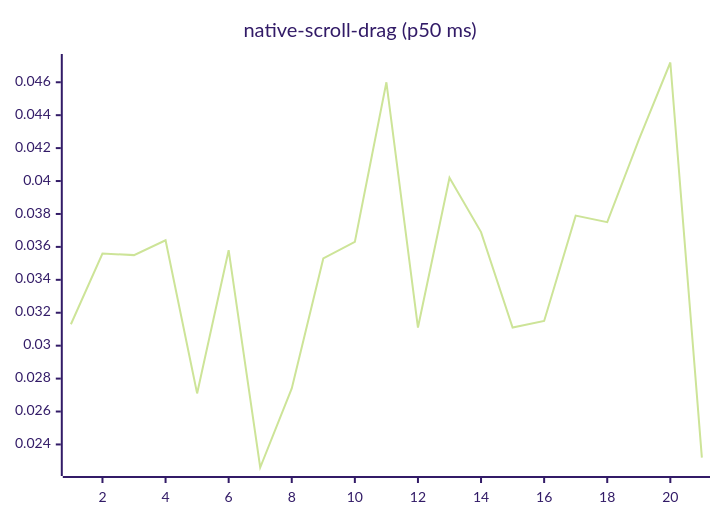
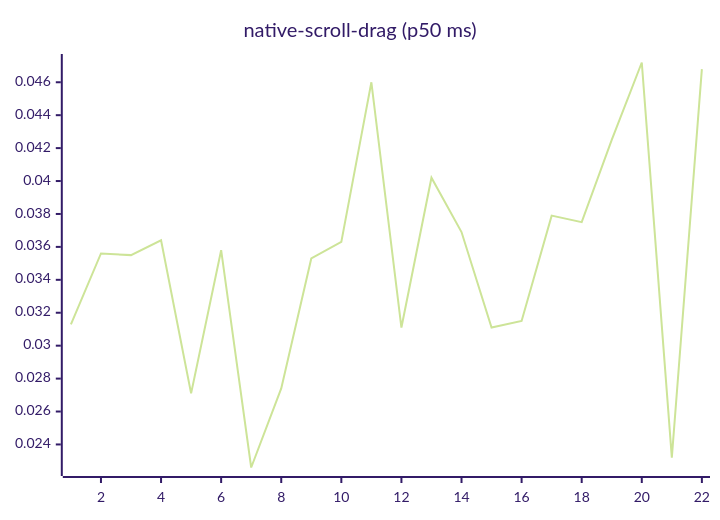
Before and after one commit to josha/Facet: diagram 14 of 27 in README.md, drawn with Mermaid (forest theme). The commit also changed other lines of this file and 2 other files, not shown here.

````diff
--- a/README.md
+++ b/README.md
@@ -154,6 +154,6 @@
 ```mermaid
 xychart-beta
     title "native-scroll-drag (p50 ms)"
-    x-axis 1 --> 21
-    line [0.0313, 0.0356, 0.0355, 0.0364, 0.0271, 0.0358, 0.0226, 0.0274, 0.0353, 0.0363, 0.0460, 0.0311, 0.0402, 0.0369, 0.0311, 0.0315, 0.0379, 0.0375, 0.0425, 0.0472, 0.0232]
+    x-axis 1 --> 22
+    line [0.0313, 0.0356, 0.0355, 0.0364, 0.0271, 0.0358, 0.0226, 0.0274, 0.0353, 0.0363, 0.0460, 0.0311, 0.0402, 0.0369, 0.0311, 0.0315, 0.0379, 0.0375, 0.0425, 0.0472, 0.0232, 0.0468]
 ```
````
